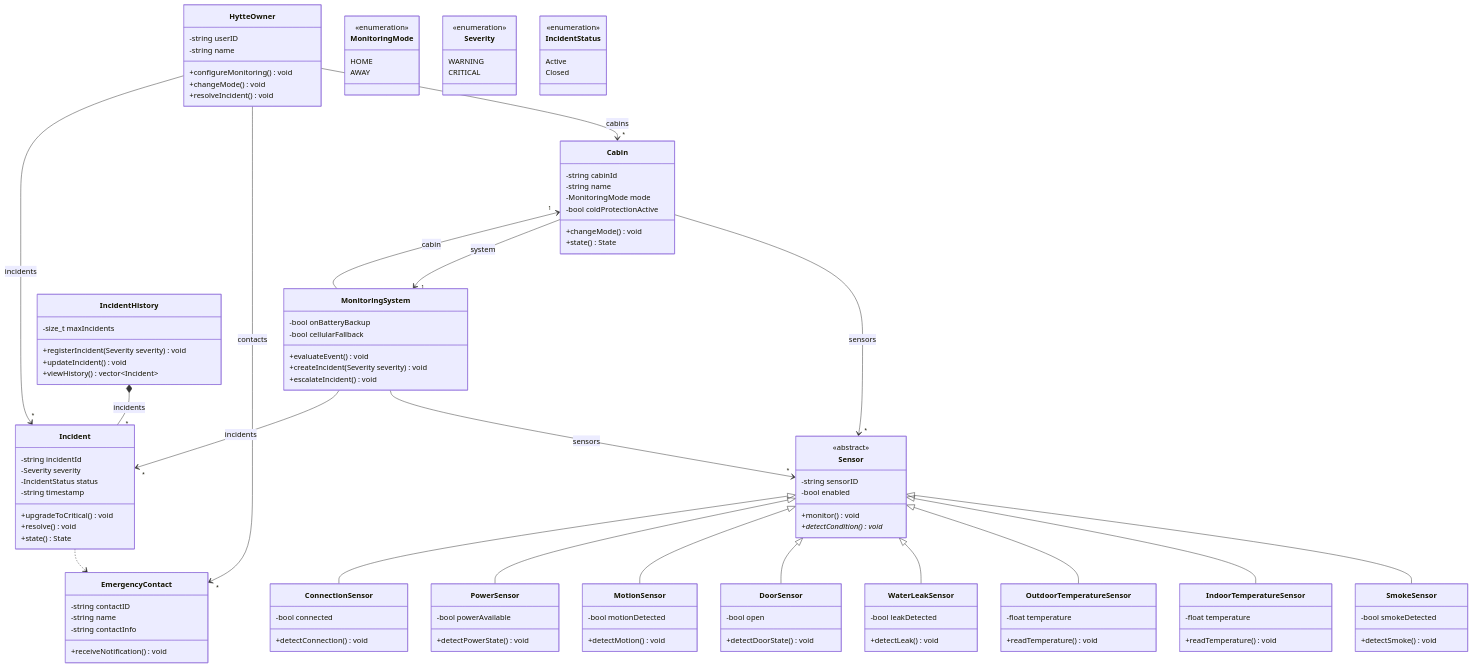
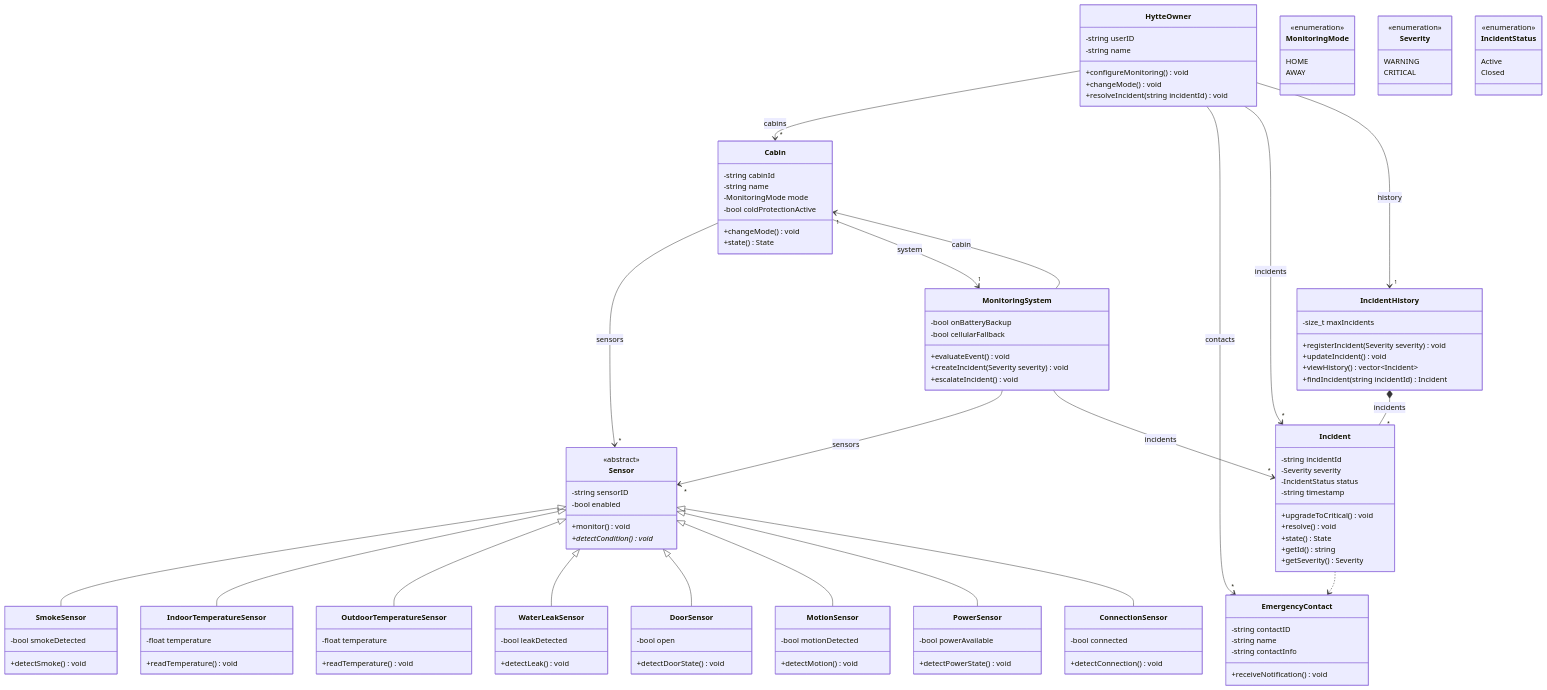
One commit to hytte-monitoring/hytte-monitoring.github.io changed the diagram in project/diagrams/output/class-design.mmd. Above: the diagram before and after it, drawn with Mermaid. The commit also changed 19 other files, not shown here.

Commit message:
Implement Incident getters and resolve via owner, wire button B

```diff
--- a/project/diagrams/output/class-design.mmd
+++ b/project/diagrams/output/class-design.mmd
@@ -1,137 +1,141 @@
 %% GENERATED by tools/verify.py -- do not edit; edit diagrams/input/class.drawio instead.
 classDiagram
     direction TB
 
     class HytteOwner {
         -string userID
         -string name
         +configureMonitoring() void
         +changeMode() void
-        +resolveIncident() void
+        +resolveIncident(string incidentId) void
     }
 
     class Cabin {
         -string cabinId
         -string name
         -MonitoringMode mode
         -bool coldProtectionActive
         +changeMode() void
         +state() State
     }
 
     class MonitoringSystem {
         -bool onBatteryBackup
         -bool cellularFallback
         +evaluateEvent() void
         +createIncident(Severity severity) void
         +escalateIncident() void
     }
 
     class Sensor {
         <<abstract>>
         -string sensorID
         -bool enabled
         +monitor() void
         +detectCondition() void*
     }
 
     class SmokeSensor {
         -bool smokeDetected
         +detectSmoke() void
     }
 
     class IndoorTemperatureSensor {
         -float temperature
         +readTemperature() void
     }
 
     class OutdoorTemperatureSensor {
         -float temperature
         +readTemperature() void
     }
 
     class WaterLeakSensor {
         -bool leakDetected
         +detectLeak() void
     }
 
     class DoorSensor {
         -bool open
         +detectDoorState() void
     }
 
     class MotionSensor {
         -bool motionDetected
         +detectMotion() void
     }
 
     class PowerSensor {
         -bool powerAvailable
         +detectPowerState() void
     }
 
     class ConnectionSensor {
         -bool connected
         +detectConnection() void
     }
 
     class Incident {
         -string incidentId
         -Severity severity
         -IncidentStatus status
         -string timestamp
         +upgradeToCritical() void
         +resolve() void
         +state() State
+        +getId() string
+        +getSeverity() Severity
     }
 
     class IncidentHistory {
         -size_t maxIncidents
         +registerIncident(Severity severity) void
         +updateIncident() void
         +viewHistory() vector~Incident~
+        +findIncident(string incidentId) Incident
     }
 
     class EmergencyContact {
         -string contactID
         -string name
         -string contactInfo
         +receiveNotification() void
     }
 
     class MonitoringMode {
         <<enumeration>>
         HOME
         AWAY
     }
 
     class Severity {
         <<enumeration>>
         WARNING
         CRITICAL
     }
 
     class IncidentStatus {
         <<enumeration>>
         Active
         Closed
     }
 
     Sensor <|-- SmokeSensor
     Sensor <|-- IndoorTemperatureSensor
     Sensor <|-- OutdoorTemperatureSensor
     Sensor <|-- WaterLeakSensor
     Sensor <|-- DoorSensor
     Sensor <|-- MotionSensor
     Sensor <|-- PowerSensor
     Sensor <|-- ConnectionSensor
     HytteOwner --> "*" Cabin : cabins
     HytteOwner --> "*" EmergencyContact : contacts
     HytteOwner --> "*" Incident : incidents
+    HytteOwner --> "1" IncidentHistory : history
     Cabin --> "*" Sensor : sensors
     Cabin --> "1" MonitoringSystem : system
     MonitoringSystem --> "1" Cabin : cabin
     MonitoringSystem --> "*" Sensor : sensors
     MonitoringSystem --> "*" Incident : incidents
     IncidentHistory *-- "*" Incident : incidents
     Incident ..> EmergencyContact
```
